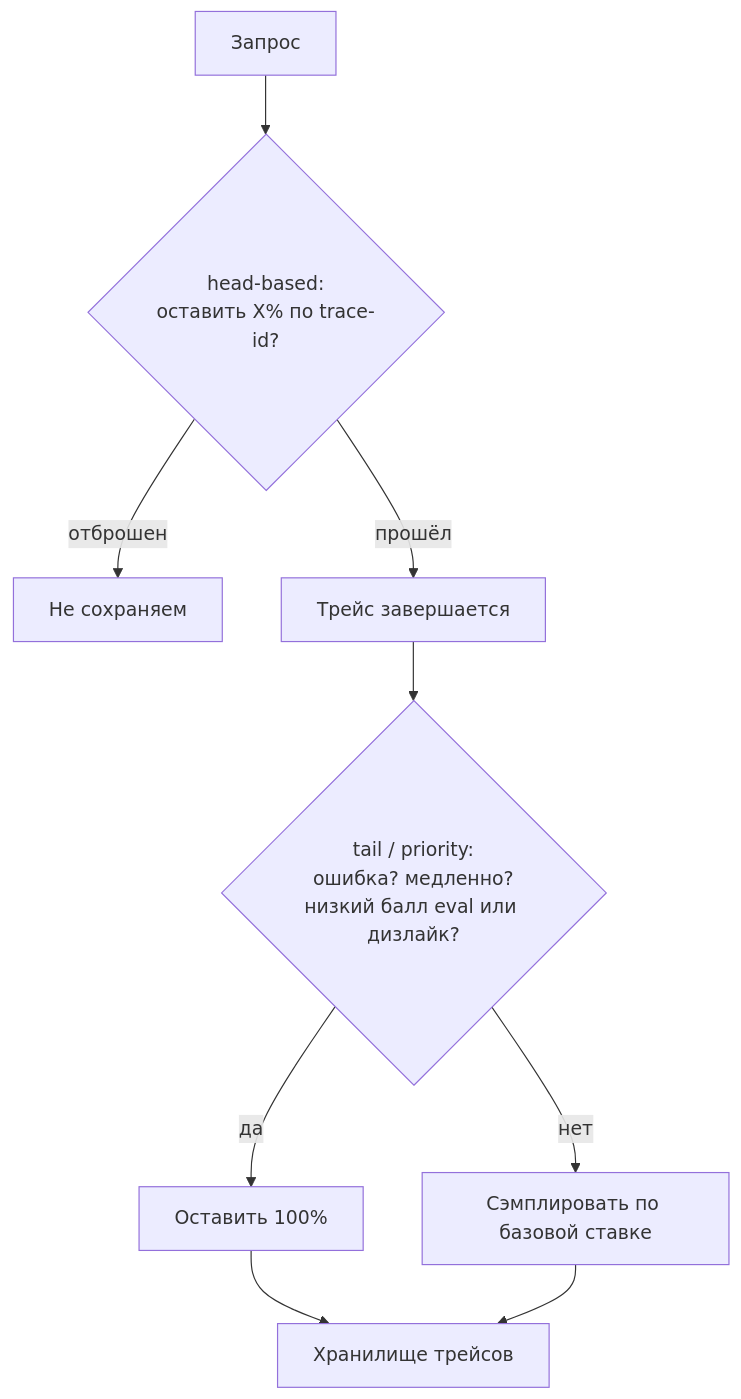
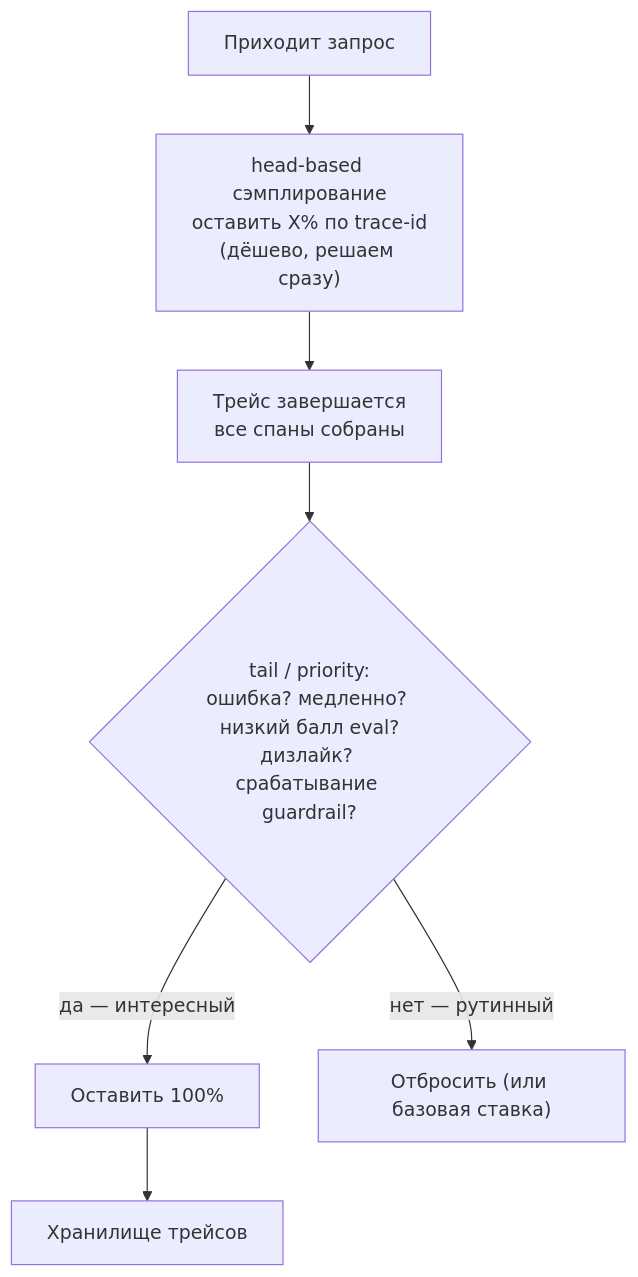
Before and after one commit to NikolaiSachok/ai-engineering-handbook: the first of 2 diagrams in i18n/ru/docusaurus-plugin-content-docs/current/part-1-rag/cross-cutting/observability/deep-dive.md, drawn with Mermaid. The commit also changed other lines of this file and 21 other files, not shown here.

First line of the commit message:
fix(i18n): reconcile 28 drifted diagrams and make the parity gate read inside a fence (#453)

````diff
--- a/i18n/ru/docusaurus-plugin-content-docs/current/part-1-rag/cross-cutting/observability/deep-dive.md
+++ b/i18n/ru/docusaurus-plugin-content-docs/current/part-1-rag/cross-cutting/observability/deep-dive.md
@@ -62,11 +62,9 @@
 ```mermaid
 flowchart TB
-    Q["Запрос"] --> H{"head-based:<br/>оставить X% по trace-id?"}
-    H -->|отброшен| X["Не сохраняем"]
-    H -->|прошёл| C["Трейс завершается"]
-    C --> T{"tail / priority:<br/>ошибка? медленно?<br/>низкий балл eval или дизлайк?"}
-    T -->|да| K["Оставить 100%"]
-    T -->|нет| S["Сэмплировать по базовой ставке"]
-    K --> ST["Хранилище трейсов"]
-    S --> ST
+    Q["Приходит запрос"] --> H["head-based сэмплирование<br/>оставить X% по trace-id<br/>(дёшево, решаем сразу)"]
+    H --> C["Трейс завершается<br/>все спаны собраны"]
+    C --> T{"tail / priority:<br/>ошибка? медленно? низкий балл eval?<br/>дизлайк? срабатывание guardrail?"}
+    T -->|"да — интересный"| K["Оставить 100%"]
+    T -->|"нет — рутинный"| D["Отбросить (или базовая ставка)"]
+    K --> S["Хранилище трейсов"]
 ```
````
